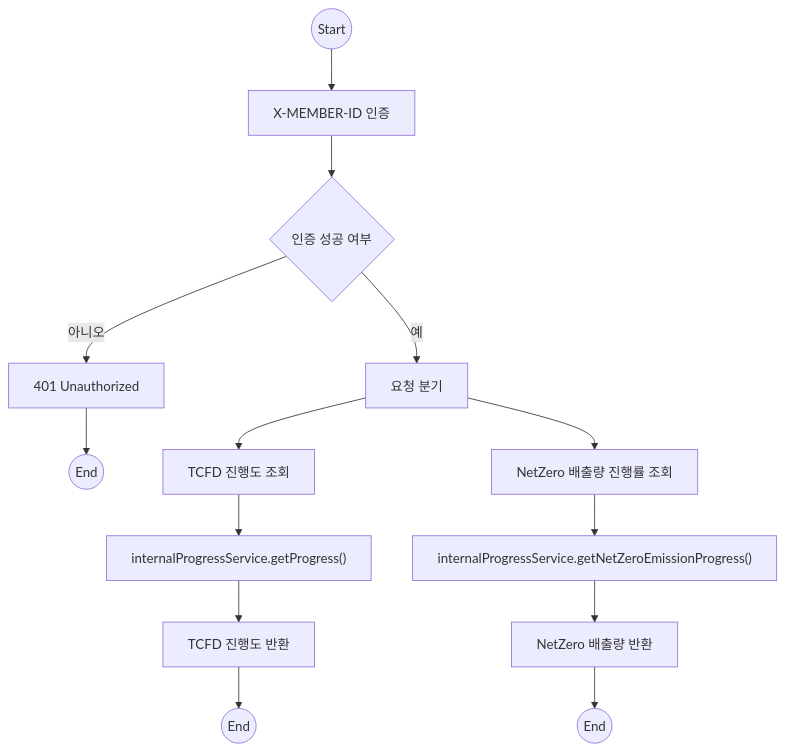
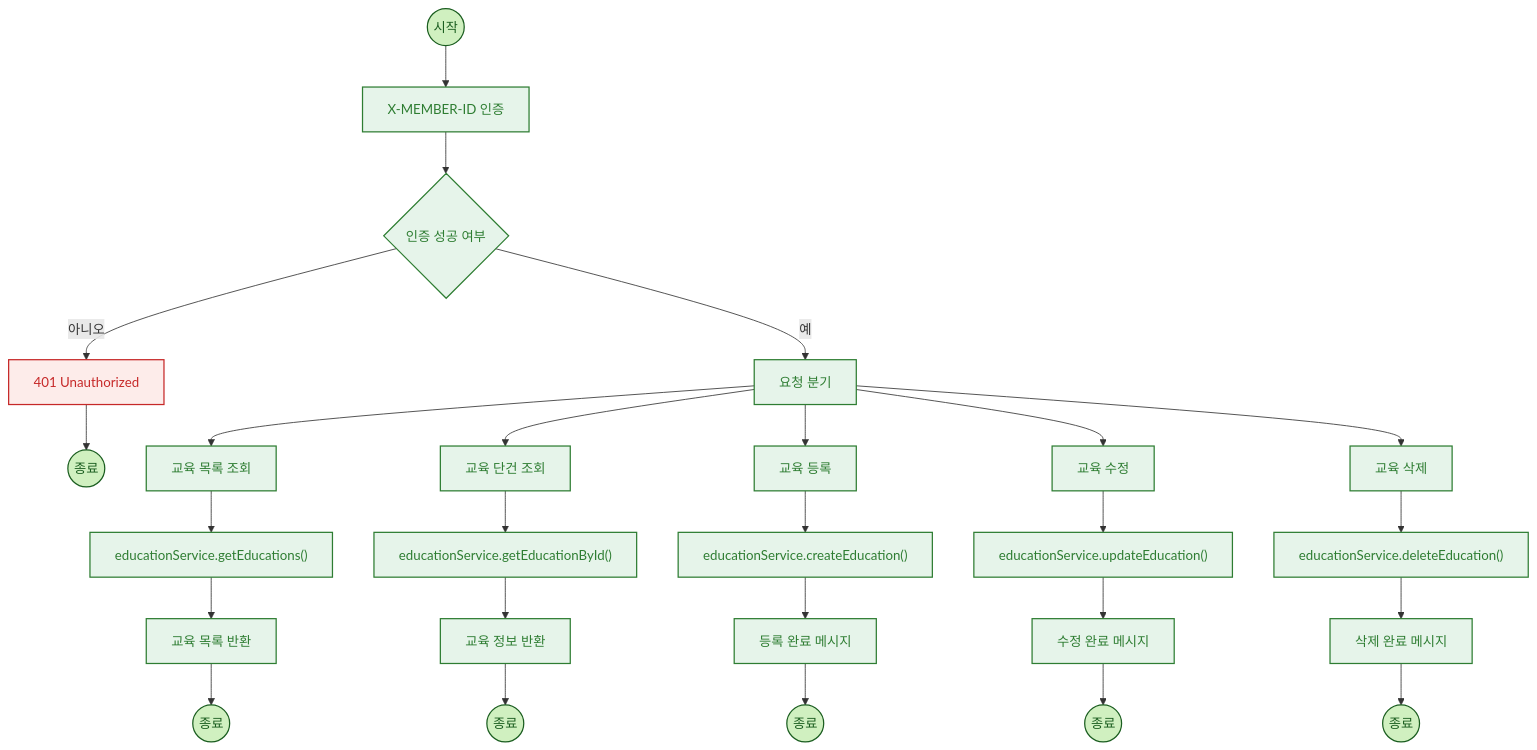
One commit to NextSpringMysqlMSA/tcfd-service changed the fourth of 7 diagrams in README.md. Above: the diagram before and after it, drawn with Mermaid. The commit also changed other lines of this file, not shown here.

````diff
--- a/README.md
+++ b/README.md
@@ -135,22 +165,54 @@
 ```mermaid
 flowchart TD
+    %% 스타일 정의 
+    classDef process fill:#e6f4ea,stroke:#2e7d32,stroke-width:1.5px,color:#2e7d32
+    classDef decision fill:#e6f4ea,stroke:#2e7d32,stroke-width:1.5px,color:#2e7d32
+    classDef endpoint fill:#d0f0c0,stroke:#1b5e20,stroke-width:1.5px,color:#1b5e20
+    classDef service fill:#e6f4ea,stroke:#2e7d32,stroke-width:1.5px,color:#2e7d32
+    classDef response fill:#e6f4ea,stroke:#2e7d32,stroke-width:1.5px,color:#2e7d32
+    classDef error fill:#fdecea,stroke:#c62828,stroke-width:1.5px,color:#c62828
 
-%% 공통 시작 및 인증
-    Start((Start))
-    Start --> Auth["X-MEMBER-ID 인증"]
+    %% 공통 시작 및 인증 처리
+    Start((시작)) --> Auth["X-MEMBER-ID 인증"]
     Auth --> AuthCheck{"인증 성공 여부"}
-    AuthCheck -- "아니오" --> Error401["401 Unauthorized"] --> EndErr((End))
+    AuthCheck -- "아니오" --> Error401["401 Unauthorized"] --> EndErr((종료))
     AuthCheck -- "예" --> Router["요청 분기"]
 
-%% TCFD 진행도 조회
-    Router --> TCFDGet["TCFD 진행도 조회"]
-    TCFDGet --> SvcTCFD["internalProgressService.getProgress()"]
-    SvcTCFD --> RespTCFD["TCFD 진행도 반환"]
-    RespTCFD --> End1((End))
+    %% 교육 목록 조회
+    Router --> GetList["교육 목록 조회"]
+    GetList --> SvcList["educationService.getEducations()"]
+    SvcList --> RespList["교육 목록 반환"]
+    RespList --> End1((종료))
 
-%% NetZero 배출량 조회
-    Router --> NZGet["NetZero 배출량 진행률 조회"]
-    NZGet --> SvcNZ["internalProgressService.getNetZeroEmissionProgress()"]
-    SvcNZ --> RespNZ["NetZero 배출량 반환"]
-    RespNZ --> End2((End))
+    %% 교육 단건 조회
+    Router --> GetOne["교육 단건 조회"]
+    GetOne --> SvcOne["educationService.getEducationById()"]
+    SvcOne --> RespOne["교육 정보 반환"]
+    RespOne --> End2((종료))
+
+    %% 교육 등록
+    Router --> Create["교육 등록"]
+    Create --> SvcCreate["educationService.createEducation()"]
+    SvcCreate --> RespCreate["등록 완료 메시지"]
+    RespCreate --> End3((종료))
+
+    %% 교육 수정
+    Router --> Update["교육 수정"]
+    Update --> SvcUpdate["educationService.updateEducation()"]
+    SvcUpdate --> RespUpdate["수정 완료 메시지"]
+    RespUpdate --> End4((종료))
+
+    %% 교육 삭제
+    Router --> Delete["교육 삭제"]
+    Delete --> SvcDelete["educationService.deleteEducation()"]
+    SvcDelete --> RespDelete["삭제 완료 메시지"]
+    RespDelete --> End5((종료))
+    
+    %% 스타일 적용
+    class Start,End1,End2,End3,End4,End5,EndErr endpoint
+    class Auth,GetList,GetOne,Create,Update,Delete,Router process
+    class AuthCheck decision
+    class SvcList,SvcOne,SvcCreate,SvcUpdate,SvcDelete service
+    class RespList,RespOne,RespCreate,RespUpdate,RespDelete response
+    class Error401 error
 ```
````
